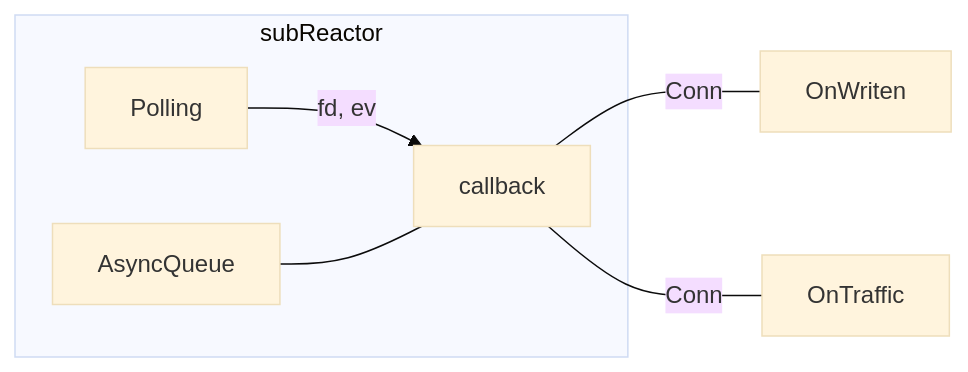
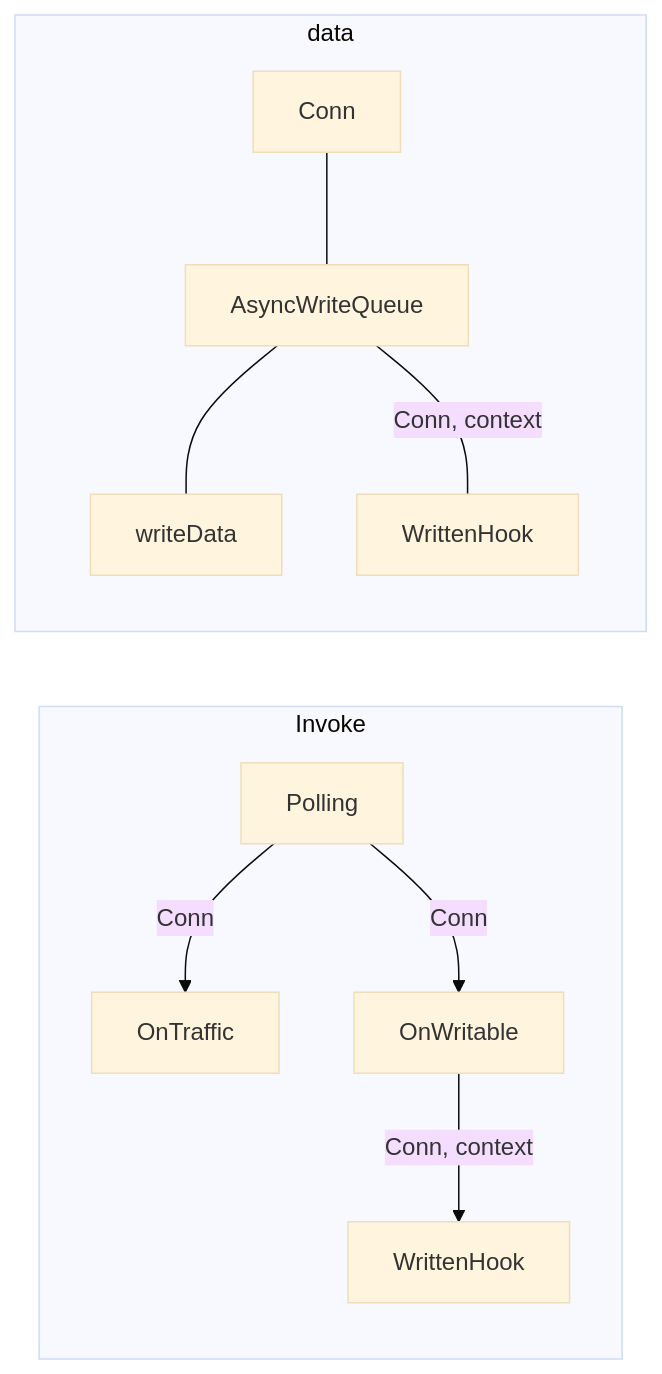
One commit to bruce2233/evnet changed the diagram in docs/async.md. Above: the diagram before and after it, drawn with Mermaid. The commit also changed other lines of this file, not shown here.

Commit message:
docs: illustrate func link

````diff
--- a/docs/async.md
+++ b/docs/async.md
@@ -12,10 +14,14 @@
 ```mermaid
 %%{init: {'theme': 'base'} }%%
 flowchart LR
-    subgraph subReactor
-        Polling --> |fd, ev| callback
-        AsyncQueue --- callback 
+    subgraph Invoke
+        Polling --> |Conn| OnTraffic
+        Polling --> |Conn| OnWritable
+        OnWritable --> |Conn, context| WrittenHook
     end
-    callback --- |Conn| OnWriten
-    callback --- |Conn| OnTraffic
+    subgraph data
+        Conn --- AsyncWriteQueue
+        AsyncWriteQueue --- writeData
+        AsyncWriteQueue --- |Conn, context| B[WrittenHook]
+    end
 ```
````
